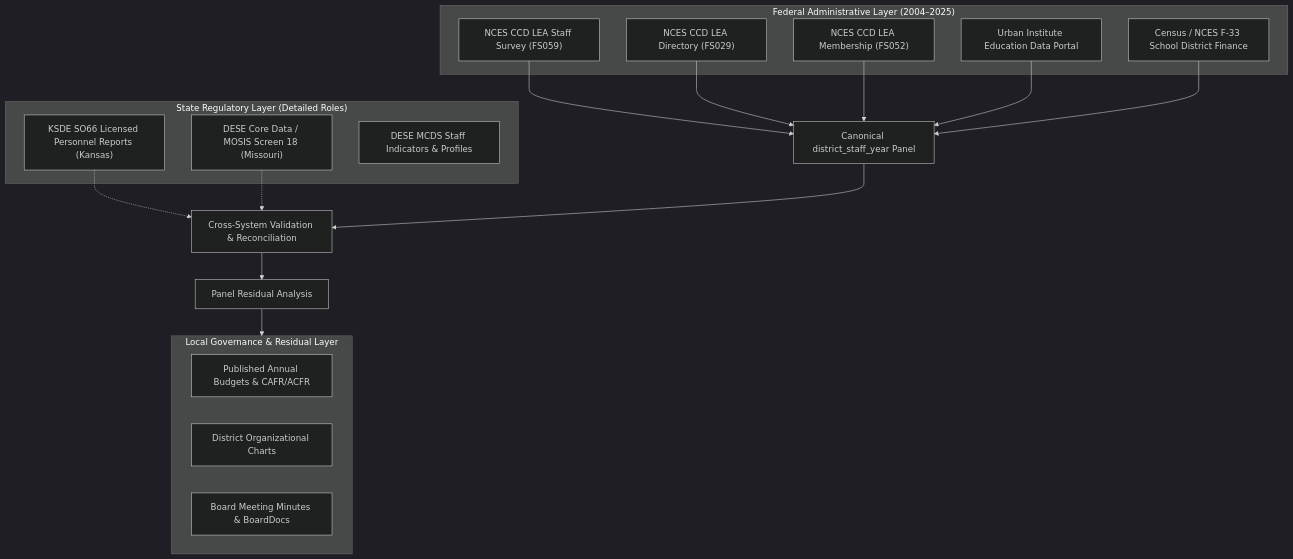
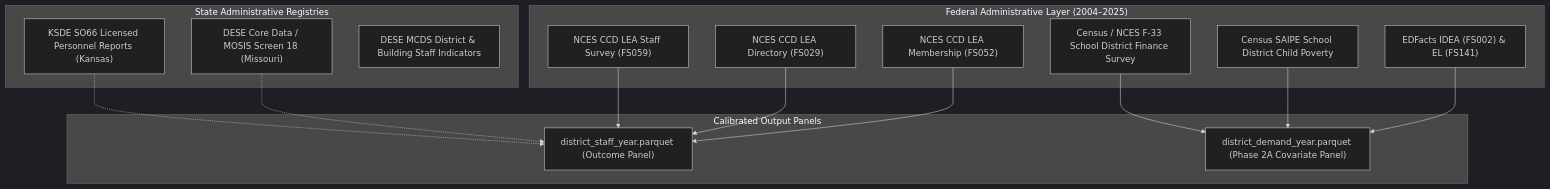
Before and after one commit to admiralorbiter/computational-sketchbook: the diagram in 2026/2026-10-01-kc-admin-staffing-decomposition/research/provenance_ledger.md, drawn with Mermaid (dark theme). The commit also changed other lines of this file and 21 other files, not shown here.

````diff
--- a/2026/2026-10-01-kc-admin-staffing-decomposition/research/provenance_ledger.md
+++ b/2026/2026-10-01-kc-admin-staffing-decomposition/research/provenance_ledger.md
@@ -14,35 +12,32 @@
 ```mermaid
 flowchart TD
     subgraph Federal["Federal Administrative Layer (2004–2025)"]
         CCD_Staff["NCES CCD LEA Staff Survey (FS059)"]
         CCD_Dir["NCES CCD LEA Directory (FS029)"]
         CCD_Mem["NCES CCD LEA Membership (FS052)"]
-        Census_F33["Census / NCES F-33 School District Finance"]
-        Urban_API["Urban Institute Education Data Portal"]
+        Census_F33["Census / NCES F-33 School District Finance Survey"]
+        SAIPE["Census SAIPE School District Child Poverty"]
+        EDFacts["EDFacts IDEA (FS002) & EL (FS141)"]
     end
 
-    subgraph State["State Regulatory Layer (Detailed Roles)"]
+    subgraph State["State Administrative Registries"]
         KSDE_SO66["KSDE SO66 Licensed Personnel Reports (Kansas)"]
         MO_CoreData["DESE Core Data / MOSIS Screen 18 (Missouri)"]
-        MO_MCDS["DESE MCDS Staff Indicators & Profiles"]
+        MO_MCDS["DESE MCDS District & Building Staff Indicators"]
     end
 
-    subgraph Local["Local Governance & Residual Layer"]
-        Board_Budgets["Published Annual Budgets & CAFR/ACFR"]
-        Org_Charts["District Organizational Charts"]
-        Board_Minutes["Board Meeting Minutes & BoardDocs"]
+    subgraph Calibrated["Calibrated Output Panels"]
+        Staff_Panel["district_staff_year.parquet (Outcome Panel)"]
+        Demand_Panel["district_demand_year.parquet (Phase 2A Covariate Panel)"]
     end
 
-    CCD_Staff --> CanonicalPanel["Canonical district_staff_year Panel"]
-    CCD_Dir --> CanonicalPanel
-    CCD_Mem --> CanonicalPanel
-    Urban_API --> CanonicalPanel
-    Census_F33 --> CanonicalPanel
+    CCD_Staff --> Staff_Panel
+    CCD_Dir --> Staff_Panel
+    CCD_Mem --> Staff_Panel
+    KSDE_SO66 -.-> Staff_Panel
+    MO_CoreData -.-> Staff_Panel
 
-    KSDE_SO66 -.-> Reconcile["Cross-System Validation & Reconciliation"]
-    MO_CoreData -.-> Reconcile
-    CanonicalPanel --> Reconcile
-
-    Reconcile --> Residuals["Panel Residual Analysis"]
-    Residuals --> Local
+    Census_F33 --> Demand_Panel
+    SAIPE --> Demand_Panel
+    EDFacts --> Demand_Panel
 ```
````
